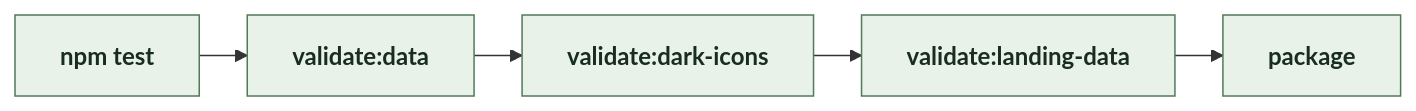
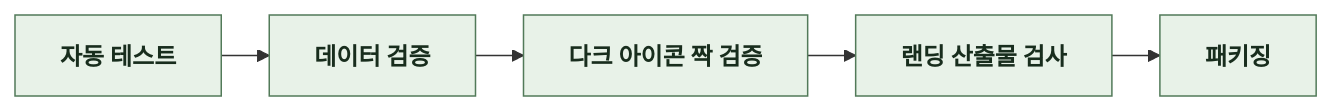
The first of 2 diagrams in docs/spec/6-2-DATA.md (kangkyunghyun/LinKHU), drawn with Mermaid before and after one commit. The commit also changed other lines of this file and 23 other files, not shown here.

````diff
--- a/docs/spec/6-2-DATA.md
+++ b/docs/spec/6-2-DATA.md
@@ -126,7 +87,7 @@
 ```mermaid
 %%{init: {"flowchart": {"curve": "basis", "nodeSpacing": 24, "rankSpacing": 32}}}%%
 flowchart LR
-    A["`**npm test**`"] --> B["`**validate:data**`"] --> C["`**validate:dark-icons**`"] --> D["`**validate:landing-data**`"] --> E["`**package**`"]
+    A["`**자동 테스트**`"] --> B["`**데이터 검증**`"] --> C["`**다크 아이콘 짝 검증**`"] --> D["`**랜딩 산출물 검사**`"] --> E["`**패키징**`"]
     classDef comp fill:#E8F2E8,stroke:#527A59,color:#182D1D
     class A,B,C,D,E comp
 ```
````
